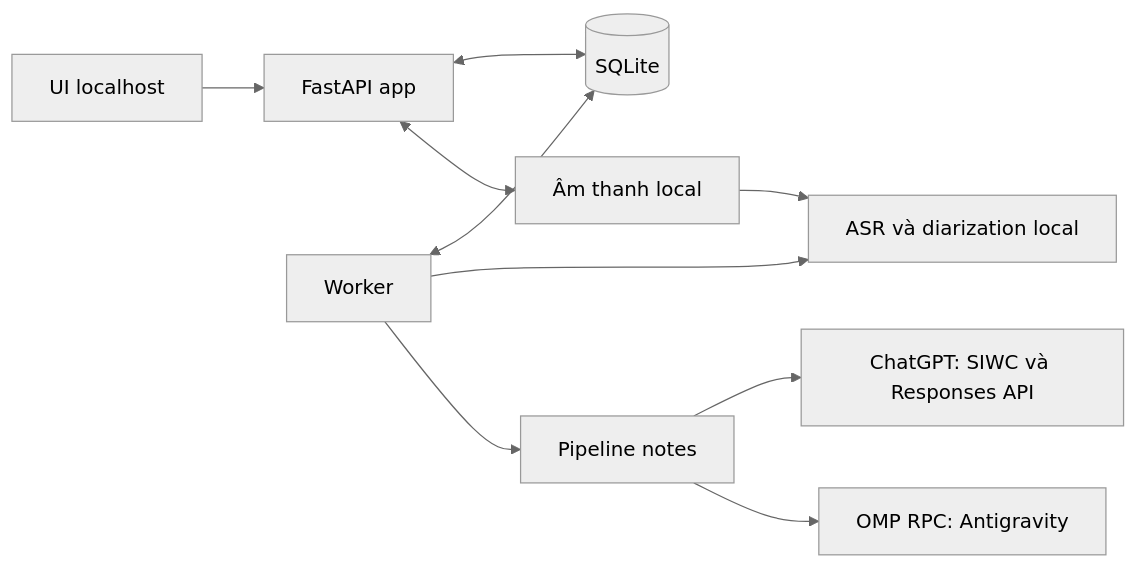
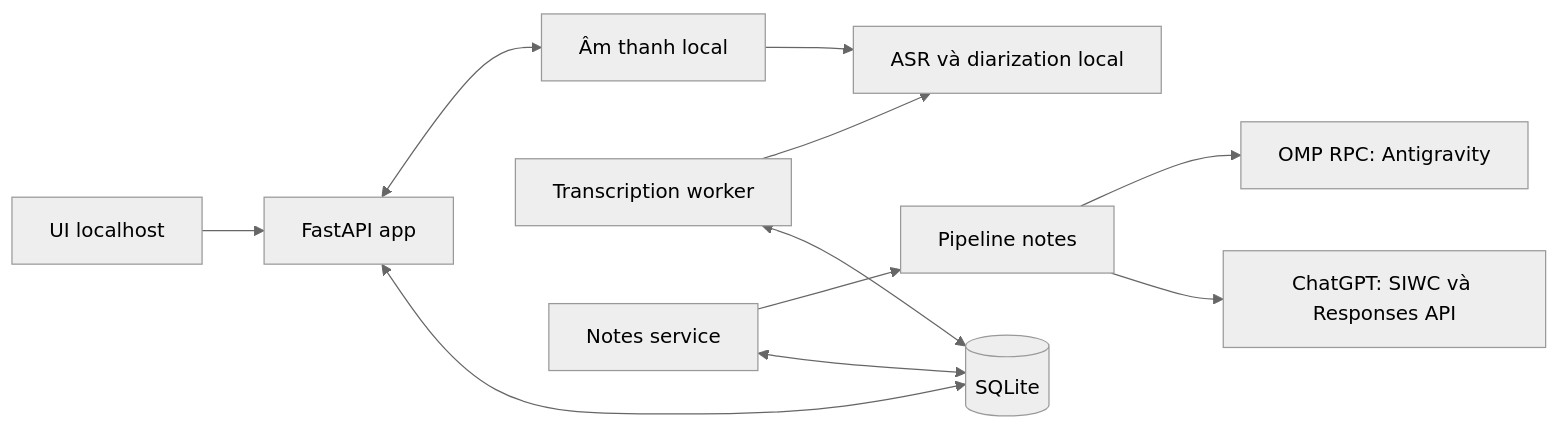
Before and after one commit to nguyencanhtrung/asr-studio: the diagram in docs/backend-contract.md, drawn with Mermaid (neutral theme). The commit also changed other lines of this file and 24 other files, not shown here.

Commit message:
feat(notes): separate provider-backed notes service (#166)

````diff
--- a/docs/backend-contract.md
+++ b/docs/backend-contract.md
@@ -7,12 +7,13 @@
 ```mermaid
 flowchart LR
     UI["UI localhost"] --> App["FastAPI app"]
     App <--> DB[(SQLite)]
     App <--> Media["Âm thanh local"]
-    Worker["Worker"] <--> DB
+    Worker["Transcription worker"] <--> DB
     Worker --> Audio["ASR và diarization local"]
     Media --> Audio
-    Worker --> Notes["Pipeline notes"]
+    NotesService["Notes service"] <--> DB
+    NotesService --> Notes["Pipeline notes"]
     Notes --> GPT["ChatGPT: SIWC và Responses API"]
     Notes --> OMP["OMP RPC: Antigravity"]
 ```
````
